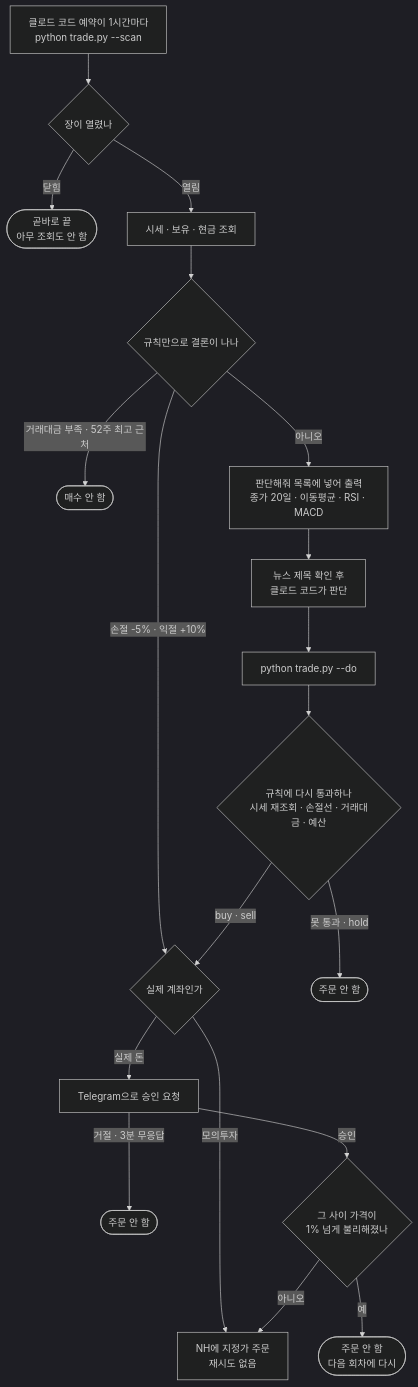
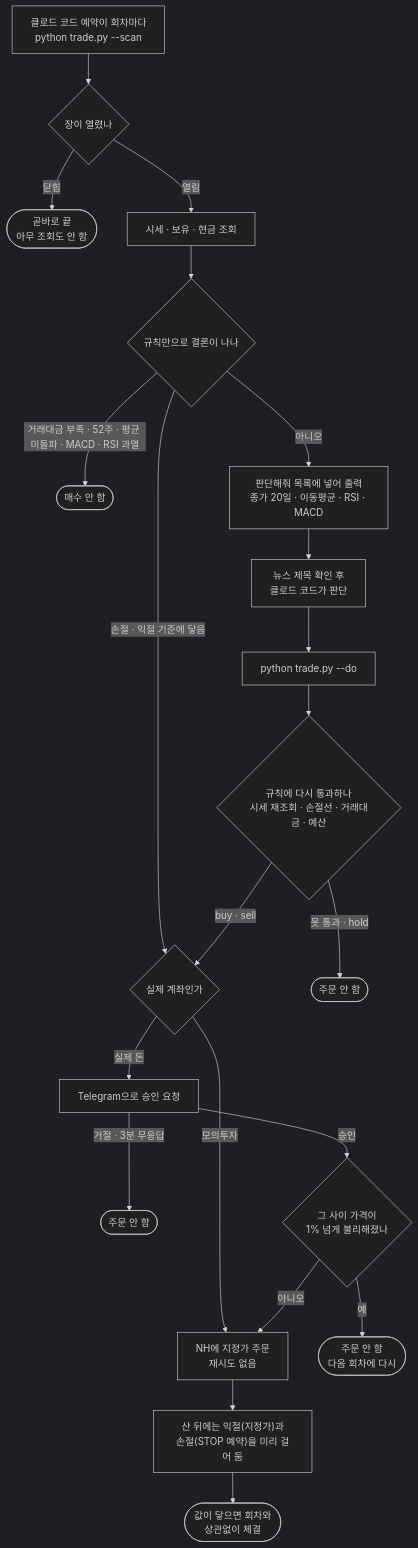
Before and after one commit to jeonck/nhplug-auto-trader: the first of 2 diagrams in README.md, drawn with Mermaid (dark theme). The commit also changed other lines of this file, not shown here.

````diff
--- a/README.md
+++ b/README.md
@@ -530,21 +602,23 @@
 ```mermaid
 flowchart TD
-    A["클로드 코드 예약이 1시간마다<br/>python trade.py --scan"] --> B{"장이 열렸나"}
+    A["클로드 코드 예약이 회차마다<br/>python trade.py --scan"] --> B{"장이 열렸나"}
     B -->|닫힘| Z1(["곧바로 끝<br/>아무 조회도 안 함"])
     B -->|열림| C["시세 · 보유 · 현금 조회"]
     C --> E{"규칙만으로 결론이 나나"}
-    E -->|"손절 -5% · 익절 +10%"| ORDER
-    E -->|"거래대금 부족 · 52주 최고 근처"| Z3(["매수 안 함"])
+    E -->|"손절 · 익절 기준에 닿음"| ORDER
+    E -->|"거래대금 부족 · 52주 · 평균 미돌파 · MACD · RSI 과열"| Z3(["매수 안 함"])
     E -->|아니오| F["판단해줘 목록에 넣어 출력<br/>종가 20일 · 이동평균 · RSI · MACD"]
     F --> G["뉴스 제목 확인 후<br/>클로드 코드가 판단"]
     G --> H["python trade.py --do"]
     H --> I{"규칙에 다시 통과하나<br/>시세 재조회 · 손절선 · 거래대금 · 예산"}
     I -->|"못 통과 · hold"| Z4(["주문 안 함"])
     I -->|"buy · sell"| ORDER{"실제 계좌인가"}
     ORDER -->|"모의투자"| SEND
     ORDER -->|"실제 돈"| T["Telegram으로 승인 요청"]
     T -->|"거절 · 3분 무응답"| Z5(["주문 안 함"])
     T -->|승인| P{"그 사이 가격이<br/>1% 넘게 불리해졌나"}
     P -->|예| Z6(["주문 안 함<br/>다음 회차에 다시"])
     P -->|아니오| SEND["NH에 지정가 주문<br/>재시도 없음"]
+    SEND --> R["산 뒤에는 익절(지정가)과<br/>손절(STOP 예약)을 미리 걸어 둠"]
+    R --> R2(["값이 닿으면 회차와<br/>상관없이 체결"])
 ```
````
